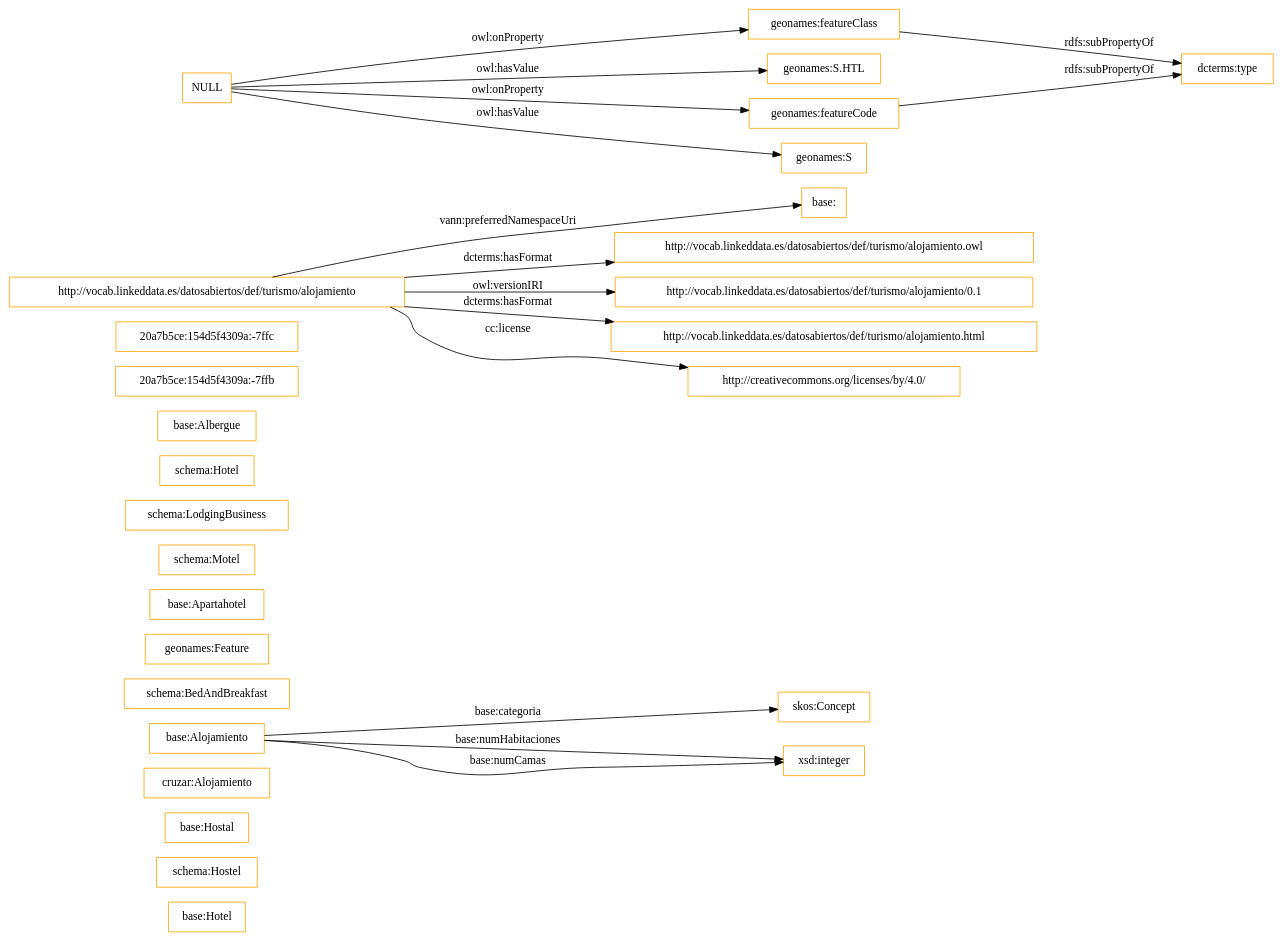
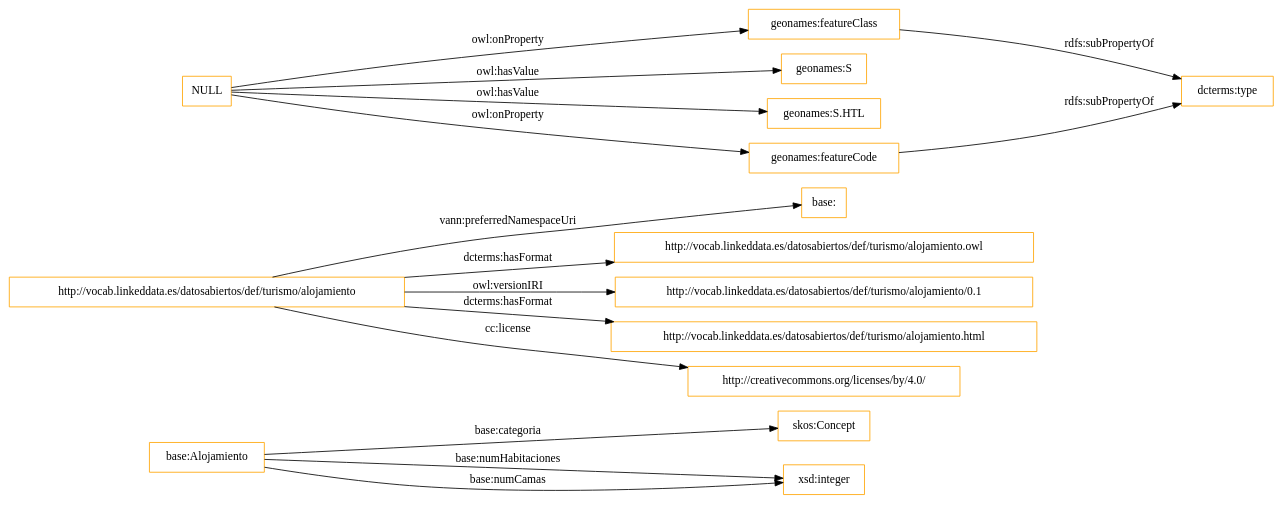
The diagram in OnToology/alo.owl/diagrams/ar2dtool-class/alo.owl.png.dot (ahmad88me/demo), drawn with Graphviz before and after one commit. The commit also changed 24 other files, not shown here.

```diff
--- a/OnToology/alo.owl/diagrams/ar2dtool-class/alo.owl.png.dot
+++ b/OnToology/alo.owl/diagrams/ar2dtool-class/alo.owl.png.dot
@@ -1,20 +1,20 @@
 digraph ar2dtool_diagram { 
 rankdir=LR;
 size="1501"
-node [shape = rectangle, color="orange"]; "base:Hotel" "schema:Hostel" "base:Hostal" "cruzar:Alojamiento" "base:Alojamiento" "schema:BedAndBreakfast" "geonames:Feature" "base:Apartahotel" "schema:Motel" "schema:LodgingBusiness" "skos:Concept" "schema:Hotel" "base:Albergue" "20a7b5ce:154d5f4309a:-7ffb" "20a7b5ce:154d5f4309a:-7ffc" ; /*classes style*/
+node [shape = rectangle, color="orange"]; "base:Alojamiento" "skos:Concept" ; /*classes style*/
 	"http://vocab.linkeddata.es/datosabiertos/def/turismo/alojamiento" -> "base:" [ label = "vann:preferredNamespaceUri" ];
 	"http://vocab.linkeddata.es/datosabiertos/def/turismo/alojamiento" -> "http://vocab.linkeddata.es/datosabiertos/def/turismo/alojamiento.owl" [ label = "dcterms:hasFormat" ];
 	"http://vocab.linkeddata.es/datosabiertos/def/turismo/alojamiento" -> "http://vocab.linkeddata.es/datosabiertos/def/turismo/alojamiento/0.1" [ label = "owl:versionIRI" ];
 	"http://vocab.linkeddata.es/datosabiertos/def/turismo/alojamiento" -> "http://vocab.linkeddata.es/datosabiertos/def/turismo/alojamiento.html" [ label = "dcterms:hasFormat" ];
 	"http://vocab.linkeddata.es/datosabiertos/def/turismo/alojamiento" -> "http://creativecommons.org/licenses/by/4.0/" [ label = "cc:license" ];
 	"geonames:featureClass" -> "dcterms:type" [ label = "rdfs:subPropertyOf" ];
+	"NULL" -> "geonames:S" [ label = "owl:hasValue" ];
+	"NULL" -> "geonames:featureClass" [ label = "owl:onProperty" ];
 	"NULL" -> "geonames:S.HTL" [ label = "owl:hasValue" ];
 	"NULL" -> "geonames:featureCode" [ label = "owl:onProperty" ];
-	"NULL" -> "geonames:S" [ label = "owl:hasValue" ];
-	"NULL" -> "geonames:featureClass" [ label = "owl:onProperty" ];
 	"geonames:featureCode" -> "dcterms:type" [ label = "rdfs:subPropertyOf" ];
 	"base:Alojamiento" -> "xsd:integer" [ label = "base:numHabitaciones" ];
 	"base:Alojamiento" -> "xsd:integer" [ label = "base:numCamas" ];
 	"base:Alojamiento" -> "skos:Concept" [ label = "base:categoria" ];
 
 }
```
